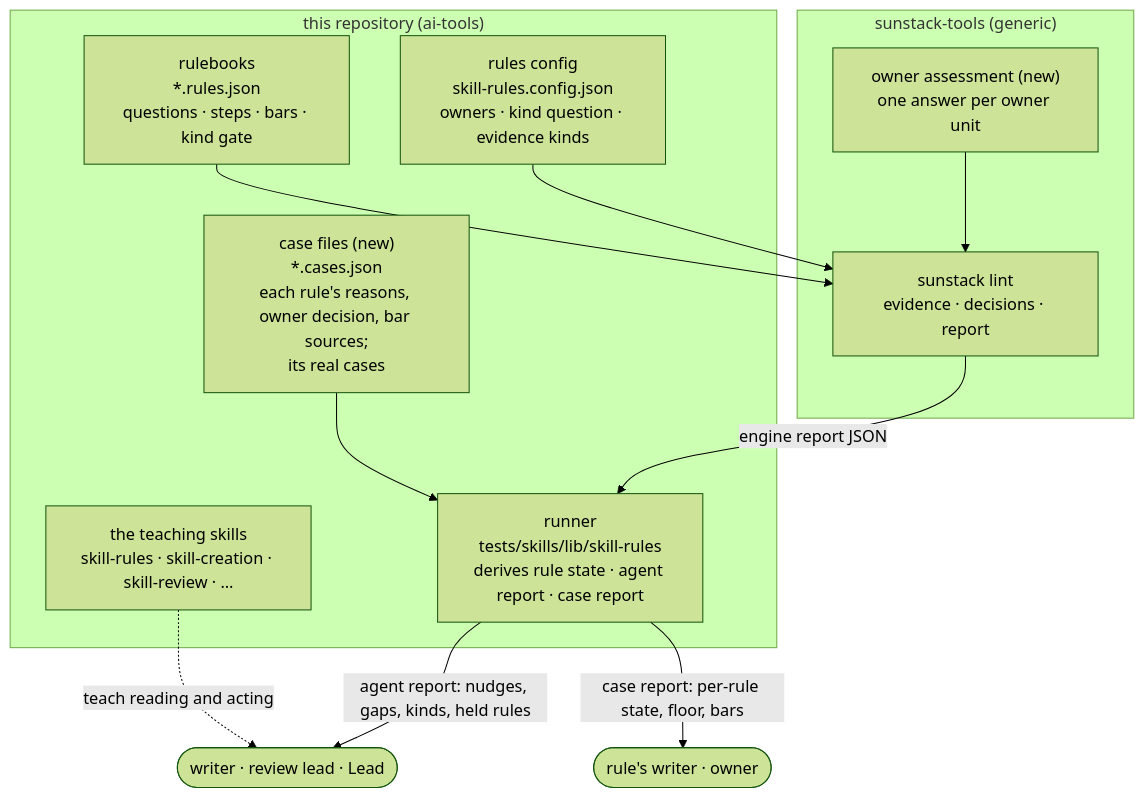
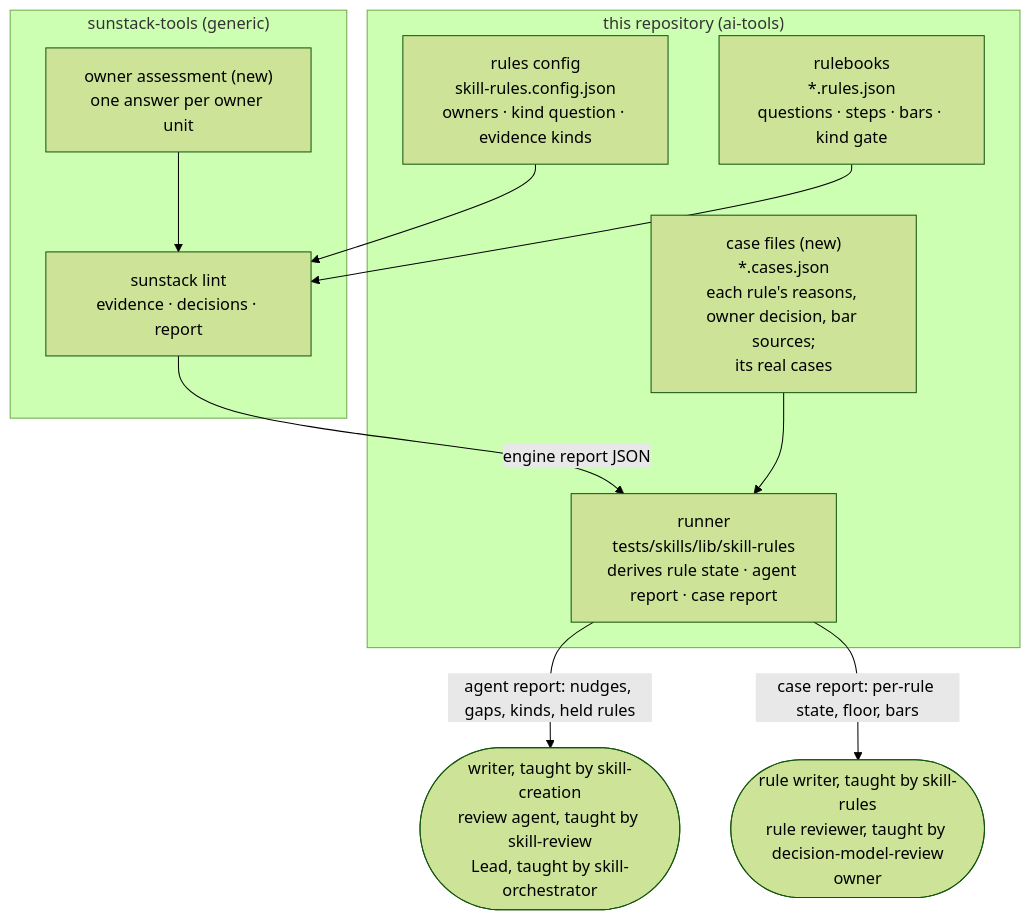
Before and after one commit to ShravanSunder/sunstack: the first of 4 diagrams in docs/specs/2026-11-03-skill-rules/program-design.md, drawn with Mermaid (forest theme). The commit also changed 1 other file, not shown here.

Commit message:
docs(skill-rules): Program Design picture names which skill teaches each agent

````diff
--- a/docs/specs/2026-11-03-skill-rules/program-design.md
+++ b/docs/specs/2026-11-03-skill-rules/program-design.md
@@ -7,22 +7,20 @@
 ```mermaid
 flowchart TB
   subgraph repo["this repository (ai-tools)"]
     cfg["rules config<br/>skill-rules.config.json<br/>owners · kind question · evidence kinds"]
     rb["rulebooks<br/>*.rules.json<br/>questions · steps · bars · kind gate"]
     cs["case files (new)<br/>*.cases.json<br/>each rule's reasons, owner decision, bar sources;<br/>its real cases"]
     runner["runner<br/>tests/skills/lib/skill-rules<br/>derives rule state · agent report · case report"]
-    skills["the teaching skills<br/>skill-rules · skill-creation · skill-review · …"]
   end
   subgraph engine["sunstack-tools (generic)"]
     lint["sunstack lint<br/>evidence · decisions · report"]
     assess["owner assessment (new)<br/>one answer per owner unit"]
   end
   cfg --> lint
   rb --> lint
   assess --> lint
   lint -->|"engine report JSON"| runner
   cs --> runner
-  runner -->|"agent report: nudges, gaps, kinds, held rules"| agent([writer · review lead · Lead])
-  runner -->|"case report: per-rule state, floor, bars"| rw([rule's writer · owner])
-  skills -.->|"teach reading and acting"| agent
+  runner -->|"agent report: nudges, gaps, kinds, held rules"| agent(["writer, taught by skill-creation<br/>review agent, taught by skill-review<br/>Lead, taught by skill-orchestrator"])
+  runner -->|"case report: per-rule state, floor, bars"| rw(["rule writer, taught by skill-rules<br/>rule reviewer, taught by decision-model-review<br/>owner"])
 ```
````
